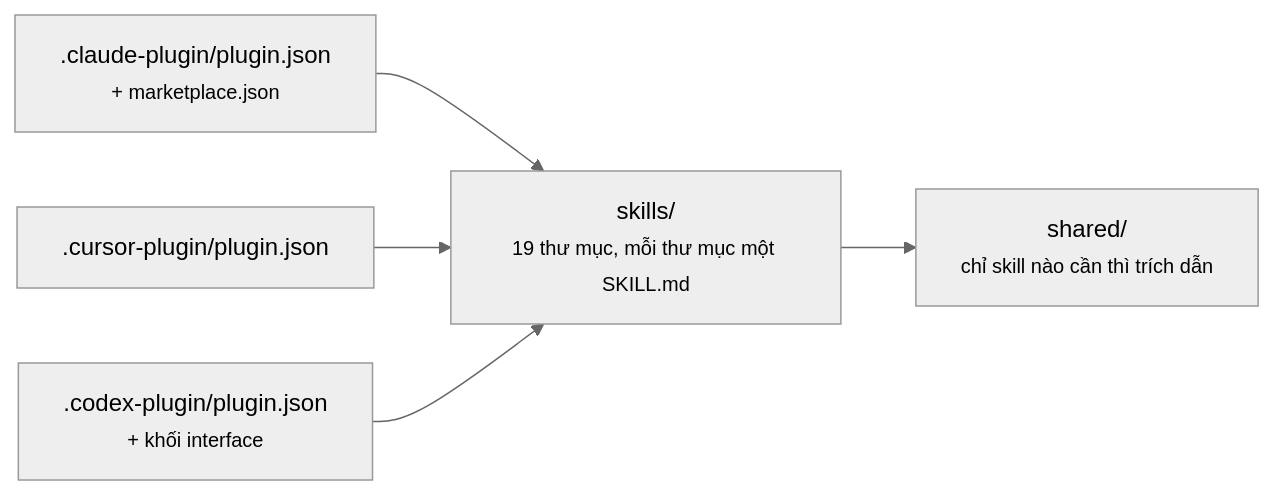
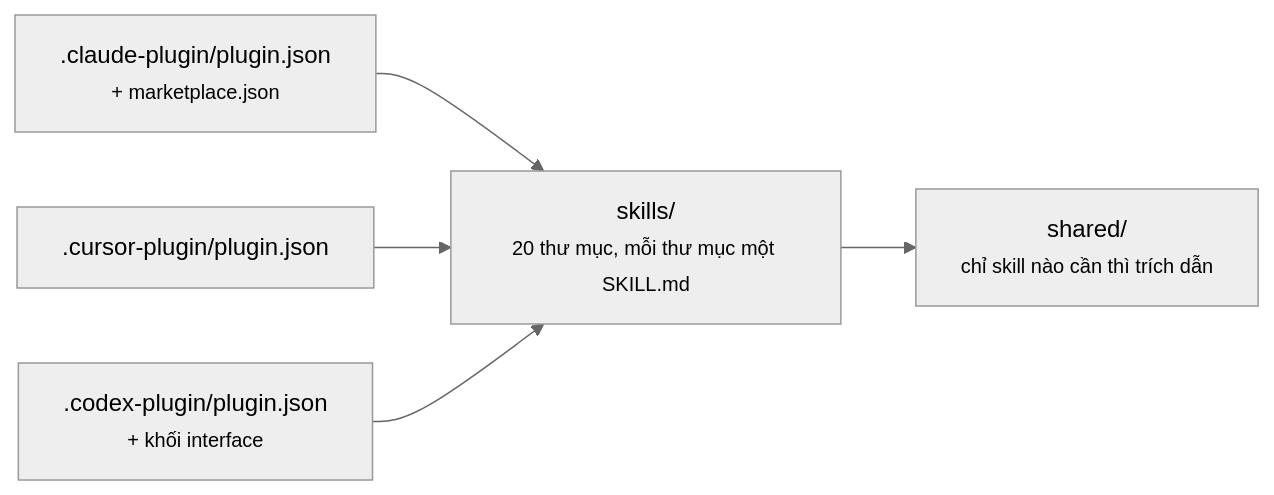
Before and after one commit to lamngockhuong/aiteamkit: the first of 2 diagrams in docs/vi/system-architecture.md, drawn with Mermaid (neutral theme). The commit also changed other lines of this file and 20 other files, not shown here.

````diff
--- a/docs/vi/system-architecture.md
+++ b/docs/vi/system-architecture.md
@@ -37,7 +37,7 @@
 ```mermaid
 flowchart LR
-    CP[".claude-plugin/plugin.json<br/><small>+ marketplace.json</small>"] --> SK["skills/<br/><small>19 thư mục, mỗi thư mục một SKILL.md</small>"]
+    CP[".claude-plugin/plugin.json<br/><small>+ marketplace.json</small>"] --> SK["skills/<br/><small>20 thư mục, mỗi thư mục một SKILL.md</small>"]
     UP[".cursor-plugin/plugin.json"] --> SK
     XP[".codex-plugin/plugin.json<br/><small>+ khối interface</small>"] --> SK
     SK --> SH["shared/<br/><small>chỉ skill nào cần thì trích dẫn</small>"]
 ```
````
